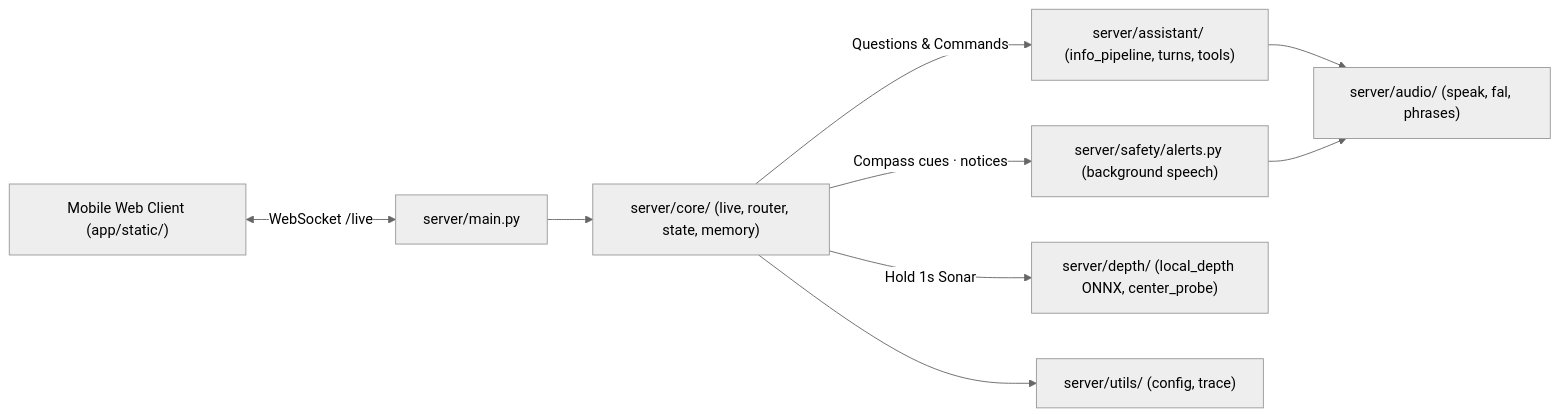
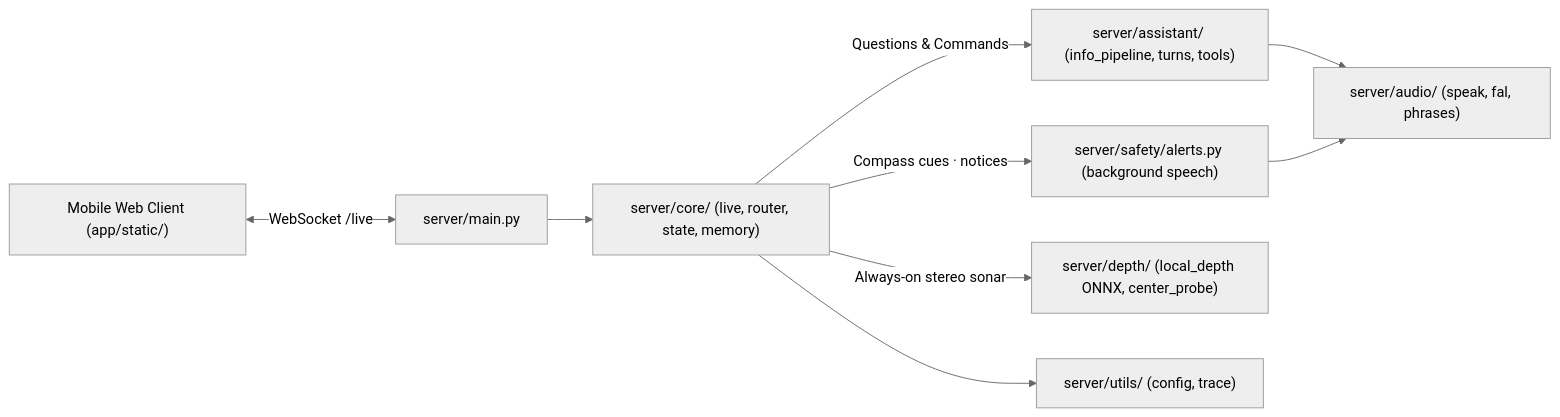
The diagram in README.md (Mike17K/genaisummit2026), drawn with Mermaid (neutral theme) before and after one commit. The commit also changed other lines of this file and 14 other files, not shown here.

First line of the commit message:
VoxEye: push-to-talk, always-on stereo sonar, depth view, Bluetooth stereo fix

````diff
--- a/README.md
+++ b/README.md
@@ -11,11 +11,11 @@
 ```mermaid
 flowchart LR
     Phone["Mobile Web Client (app/static/)"] <-->|"WebSocket /live"| Main["server/main.py"]
     Main --> Core["server/core/ (live, router, state, memory)"]
     Core -->|"Questions & Commands"| Asst["server/assistant/ (info_pipeline, turns, tools)"]
     Core -->|"Compass cues · notices"| Safe["server/safety/alerts.py (background speech)"]
-    Core -->|"Hold 1s Sonar"| Depth["server/depth/ (local_depth ONNX, center_probe)"]
+    Core -->|"Always-on stereo sonar"| Depth["server/depth/ (local_depth ONNX, center_probe)"]
     Asst --> Audio["server/audio/ (speak, fal, phrases)"]
     Safe --> Audio
     Core --> Utils["server/utils/ (config, trace)"]
 ```
````
